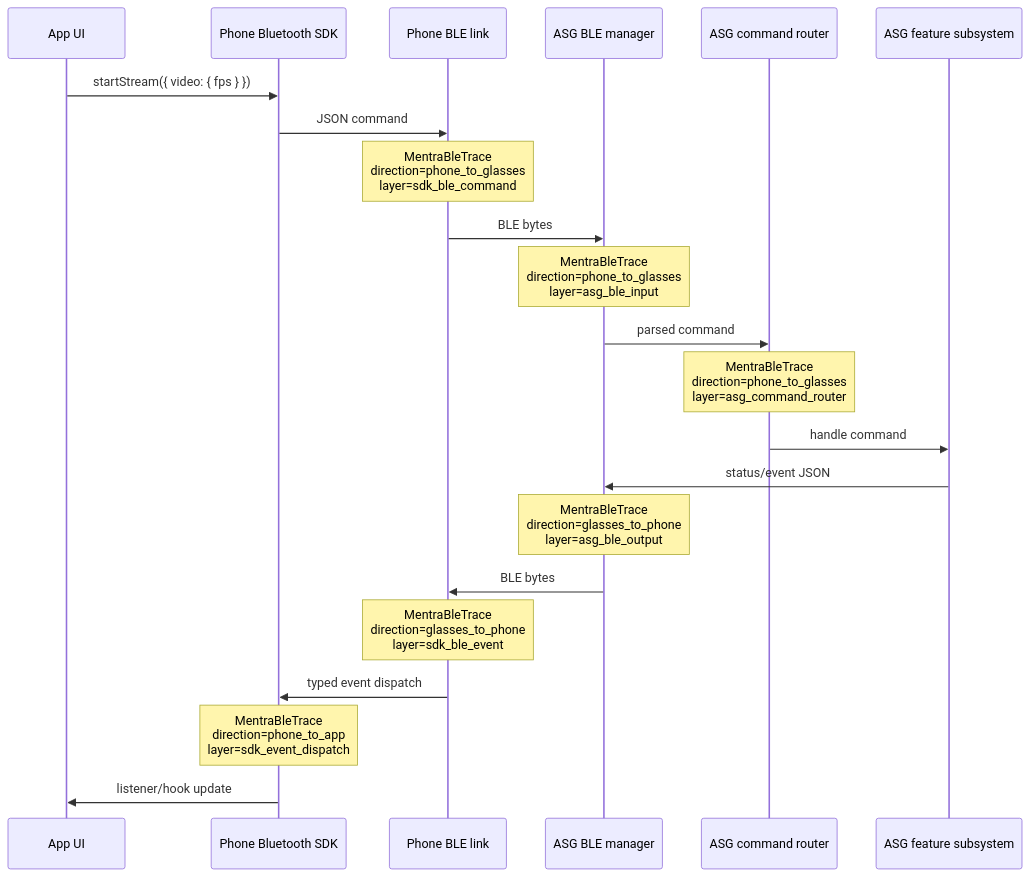
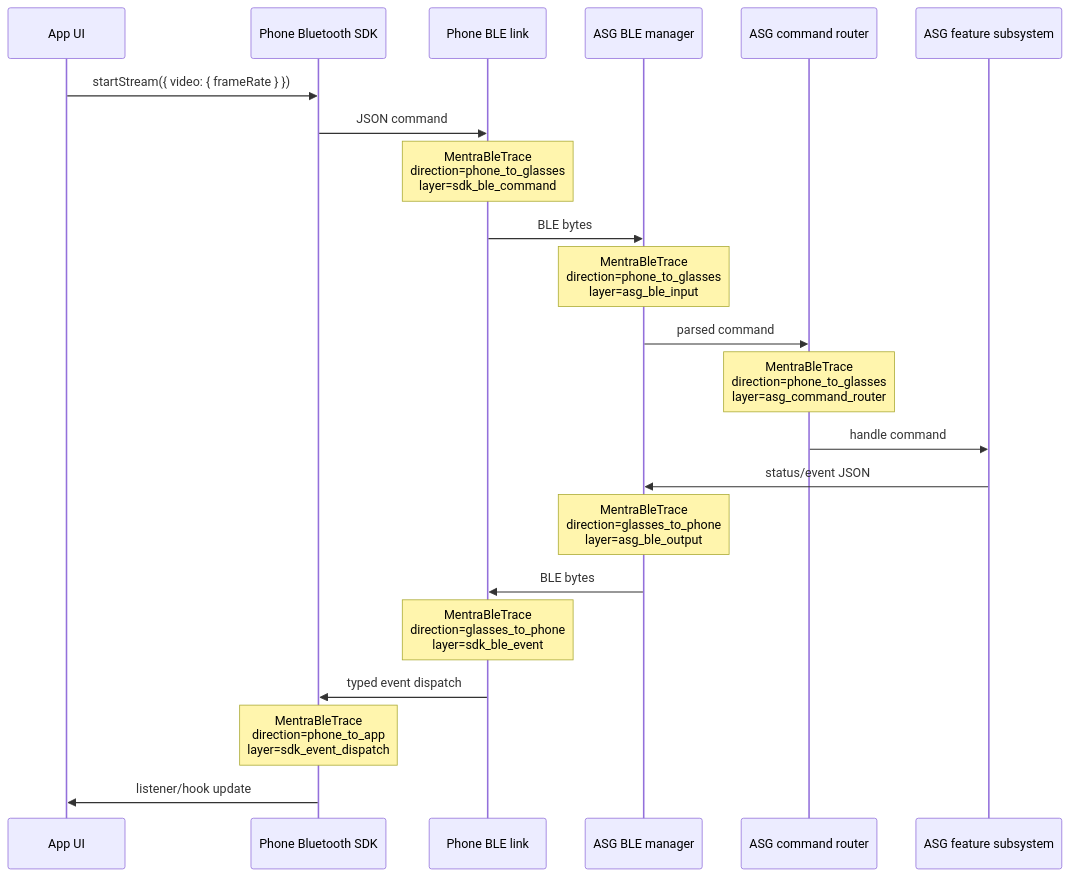
One commit to Mentra-Community/MentraOS changed the third of 3 diagrams in docs/bluetooth-sdk-subsystem-tracing.md. Above: the diagram before and after it, drawn with Mermaid. The commit also changed 15 other files, not shown here.

Commit message:
Rename resolved stream FPS to frameRate

````diff
--- a/docs/bluetooth-sdk-subsystem-tracing.md
+++ b/docs/bluetooth-sdk-subsystem-tracing.md
@@ -152,25 +152,25 @@
 ```mermaid
 sequenceDiagram
     participant App as App UI
     participant SDK as Phone Bluetooth SDK
     participant PhoneBLE as Phone BLE link
     participant ASGBLE as ASG BLE manager
     participant Router as ASG command router
     participant Feature as ASG feature subsystem
 
-    App->>SDK: startStream({ video: { fps } })
+    App->>SDK: startStream({ video: { frameRate } })
     SDK->>PhoneBLE: JSON command
     Note over PhoneBLE: MentraBleTrace<br/>direction=phone_to_glasses<br/>layer=sdk_ble_command
     PhoneBLE->>ASGBLE: BLE bytes
     Note over ASGBLE: MentraBleTrace<br/>direction=phone_to_glasses<br/>layer=asg_ble_input
     ASGBLE->>Router: parsed command
     Note over Router: MentraBleTrace<br/>direction=phone_to_glasses<br/>layer=asg_command_router
     Router->>Feature: handle command
     Feature->>ASGBLE: status/event JSON
     Note over ASGBLE: MentraBleTrace<br/>direction=glasses_to_phone<br/>layer=asg_ble_output
     ASGBLE->>PhoneBLE: BLE bytes
     Note over PhoneBLE: MentraBleTrace<br/>direction=glasses_to_phone<br/>layer=sdk_ble_event
     PhoneBLE->>SDK: typed event dispatch
     Note over SDK: MentraBleTrace<br/>direction=phone_to_app<br/>layer=sdk_event_dispatch
     SDK->>App: listener/hook update
 ```
````
